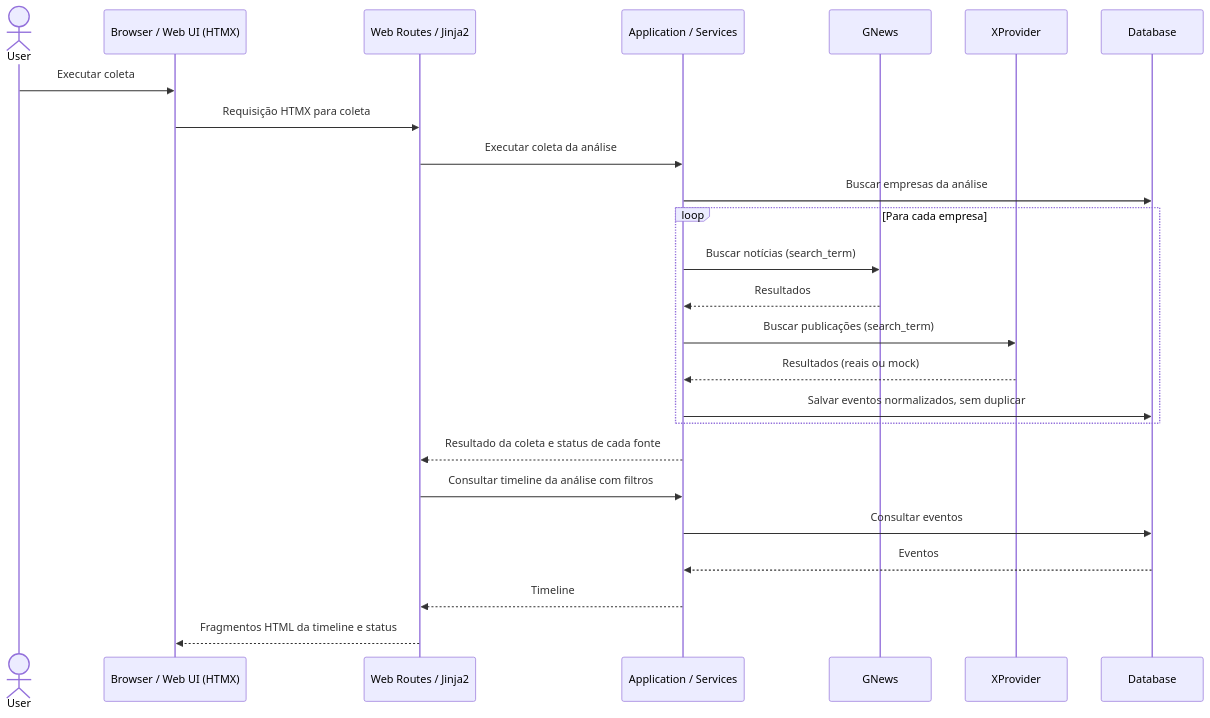
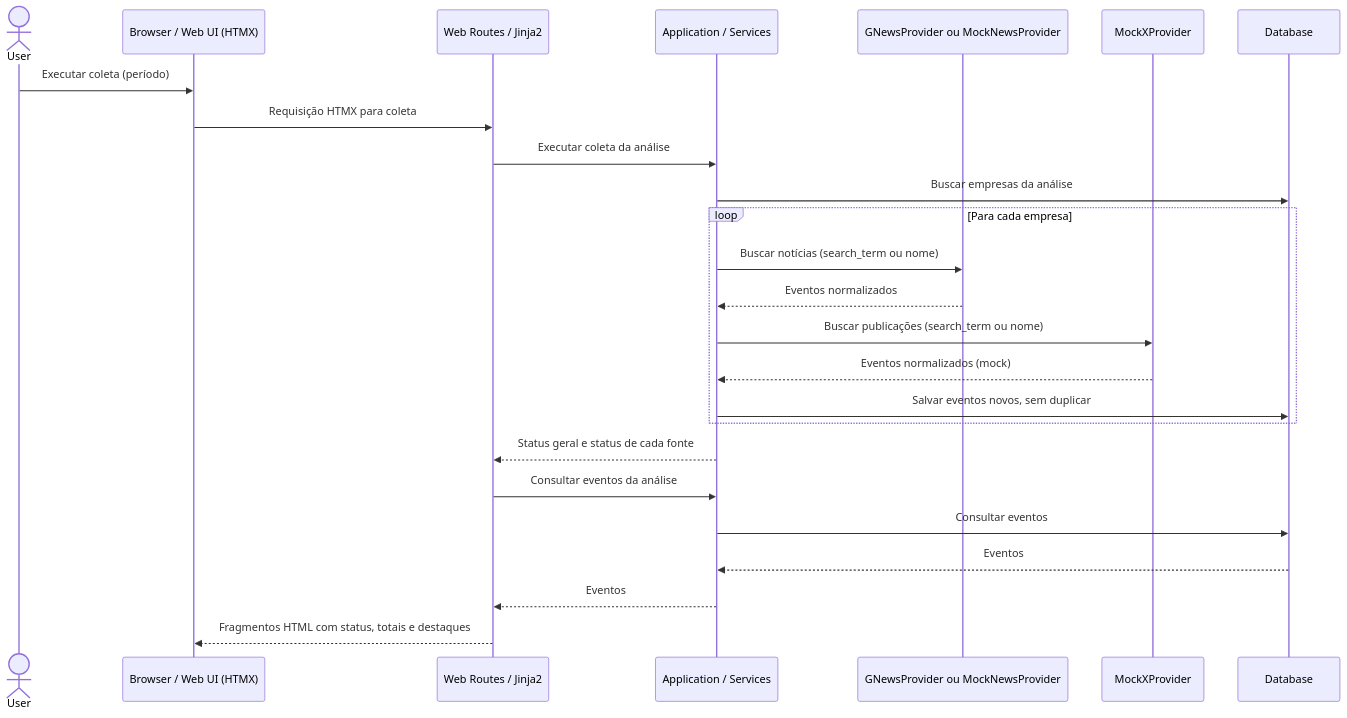
One commit to bisb-inc/bisb changed the fourth of 6 diagrams in docs/arquitetura.md. Above: the diagram before and after it, drawn with Mermaid. The commit also changed other lines of this file and 7 other files, not shown here.

````diff
--- a/docs/arquitetura.md
+++ b/docs/arquitetura.md
@@ -197,28 +229,28 @@
 ```mermaid
 sequenceDiagram
     actor User
     participant Browser as Browser / Web UI (HTMX)
     participant Web as Web Routes / Jinja2
     participant Services as Application / Services
-    participant GNews
-    participant XProvider
+    participant News as GNewsProvider ou MockNewsProvider
+    participant XProvider as MockXProvider
     participant Database
 
-    User->>Browser: Executar coleta
+    User->>Browser: Executar coleta (período)
     Browser->>Web: Requisição HTMX para coleta
     Web->>Services: Executar coleta da análise
     Services->>Database: Buscar empresas da análise
     loop Para cada empresa
-        Services->>GNews: Buscar notícias (search_term)
-        GNews-->>Services: Resultados
-        Services->>XProvider: Buscar publicações (search_term)
-        XProvider-->>Services: Resultados (reais ou mock)
-        Services->>Database: Salvar eventos normalizados, sem duplicar
+        Services->>News: Buscar notícias (search_term ou nome)
+        News-->>Services: Eventos normalizados
+        Services->>XProvider: Buscar publicações (search_term ou nome)
+        XProvider-->>Services: Eventos normalizados (mock)
+        Services->>Database: Salvar eventos novos, sem duplicar
     end
-    Services-->>Web: Resultado da coleta e status de cada fonte
-    Web->>Services: Consultar timeline da análise com filtros
+    Services-->>Web: Status geral e status de cada fonte
+    Web->>Services: Consultar eventos da análise
     Services->>Database: Consultar eventos
     Database-->>Services: Eventos
-    Services-->>Web: Timeline
-    Web-->>Browser: Fragmentos HTML da timeline e status
+    Services-->>Web: Eventos
+    Web-->>Browser: Fragmentos HTML com status, totais e destaques
 ```
````
